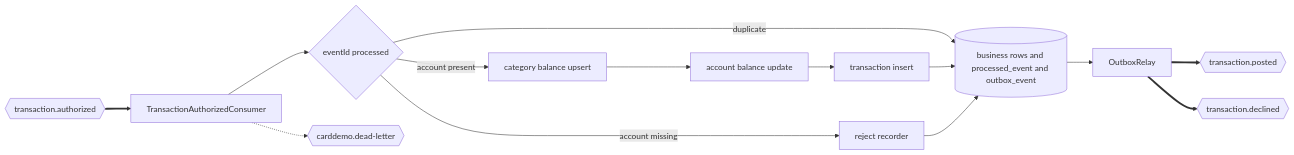
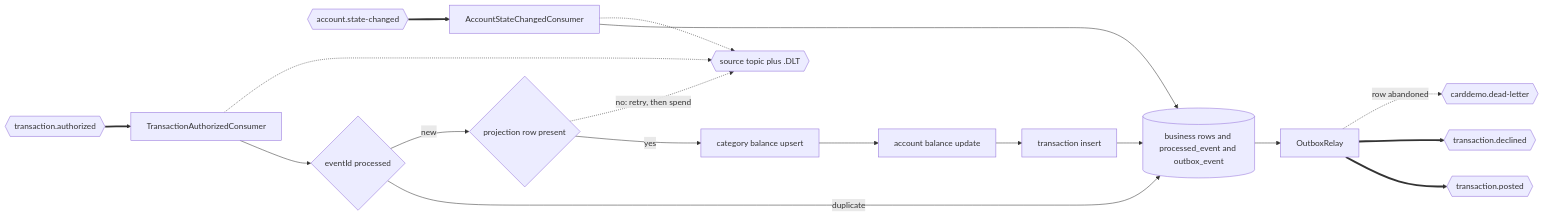
One commit to blitzy-public-samples/aws-carddemo-blitzy changed the diagram in card-platform/services/ledger-posting-service/README.md. Above: the diagram before and after it, drawn with Mermaid. The commit also changed other lines of this file and 163 other files, not shown here.

````diff
--- a/card-platform/services/ledger-posting-service/README.md
+++ b/card-platform/services/ledger-posting-service/README.md
@@ -112,29 +129,36 @@
 ```mermaid
 graph LR
     IN{{"transaction.authorized"}}
+    ASIN{{"account.state-changed"}}
     C["TransactionAuthorizedConsumer"]
+    ASC["AccountStateChangedConsumer"]
     G{"eventId processed"}
+    P{"projection row present"}
     CAT["category balance upsert"]
     ACC["account balance update"]
     TX["transaction insert"]
-    REJ["reject recorder"]
     DB[("business rows and processed_event and outbox_event")]
     RELAY["OutboxRelay"]
     POST{{"transaction.posted"}}
     DECLINE{{"transaction.declined"}}
+    SRCDLT{{"source topic plus .DLT"}}
     DEAD{{"carddemo.dead-letter"}}
 
     IN ==> C
+    ASIN ==> ASC
+    ASC --> DB
     C --> G
     G -->|"duplicate"| DB
-    G -->|"account present"| CAT
+    G -->|"new"| P
+    P -->|"yes"| CAT
     CAT --> ACC
     ACC --> TX
     TX --> DB
-    G -->|"account missing"| REJ
-    REJ --> DB
     DB --> RELAY
     RELAY ==> POST
     RELAY ==> DECLINE
-    C -.-> DEAD
+    P -.->|"no: retry, then spend"| SRCDLT
+    C -.-> SRCDLT
+    ASC -.-> SRCDLT
+    RELAY -.->|"row abandoned"| DEAD
 ```
````
